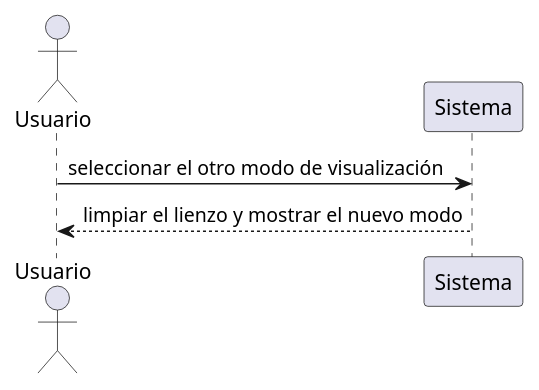
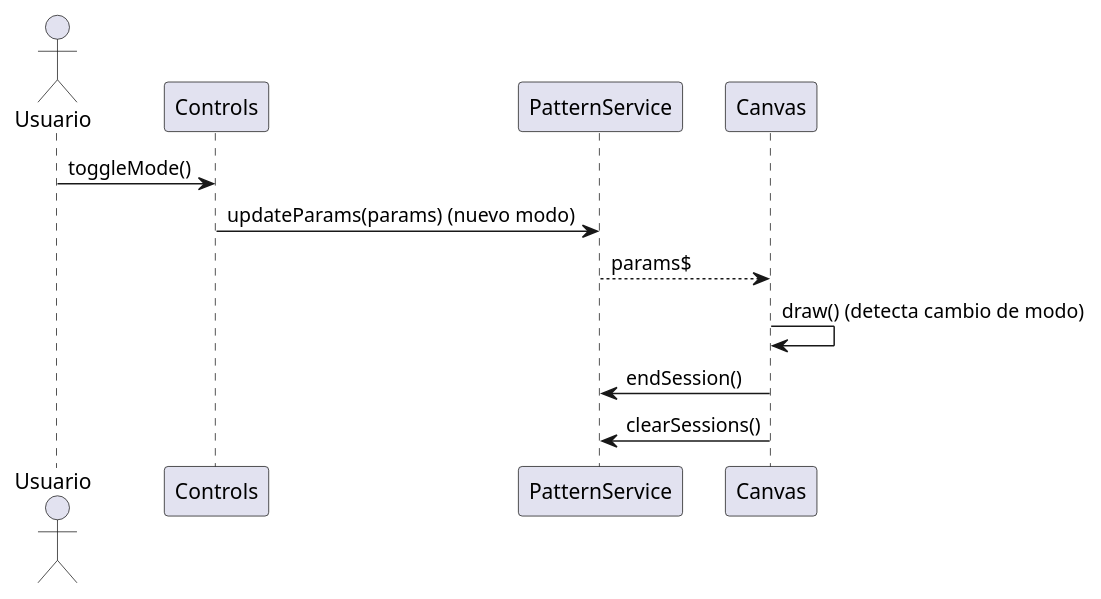
Before and after one commit to IgnacioMol/Epicycloid_generator: the sixth of 15 diagrams in claude/memoria-cap4-analisis.md, drawn with PlantUML. The commit also changed other lines of this file and 1 other file, not shown here.

````diff
--- a/claude/memoria-cap4-analisis.md
+++ b/claude/memoria-cap4-analisis.md
@@ -519,9 +648,15 @@
 ```plantuml
 @startuml SecAlternarModo
 actor Usuario
-participant "Sistema" as S
+participant "Controls" as C
+participant "PatternService" as PS
+participant "Canvas" as CV
 
-Usuario -> S : seleccionar el otro modo de visualización
-S --> Usuario : limpiar el lienzo y mostrar el nuevo modo
+Usuario -> C : toggleMode()
+C -> PS : updateParams(params) (nuevo modo)
+PS --> CV : params$
+CV -> CV : draw() (detecta cambio de modo)
+CV -> PS : endSession()
+CV -> PS : clearSessions()
 @enduml
 ```
````
